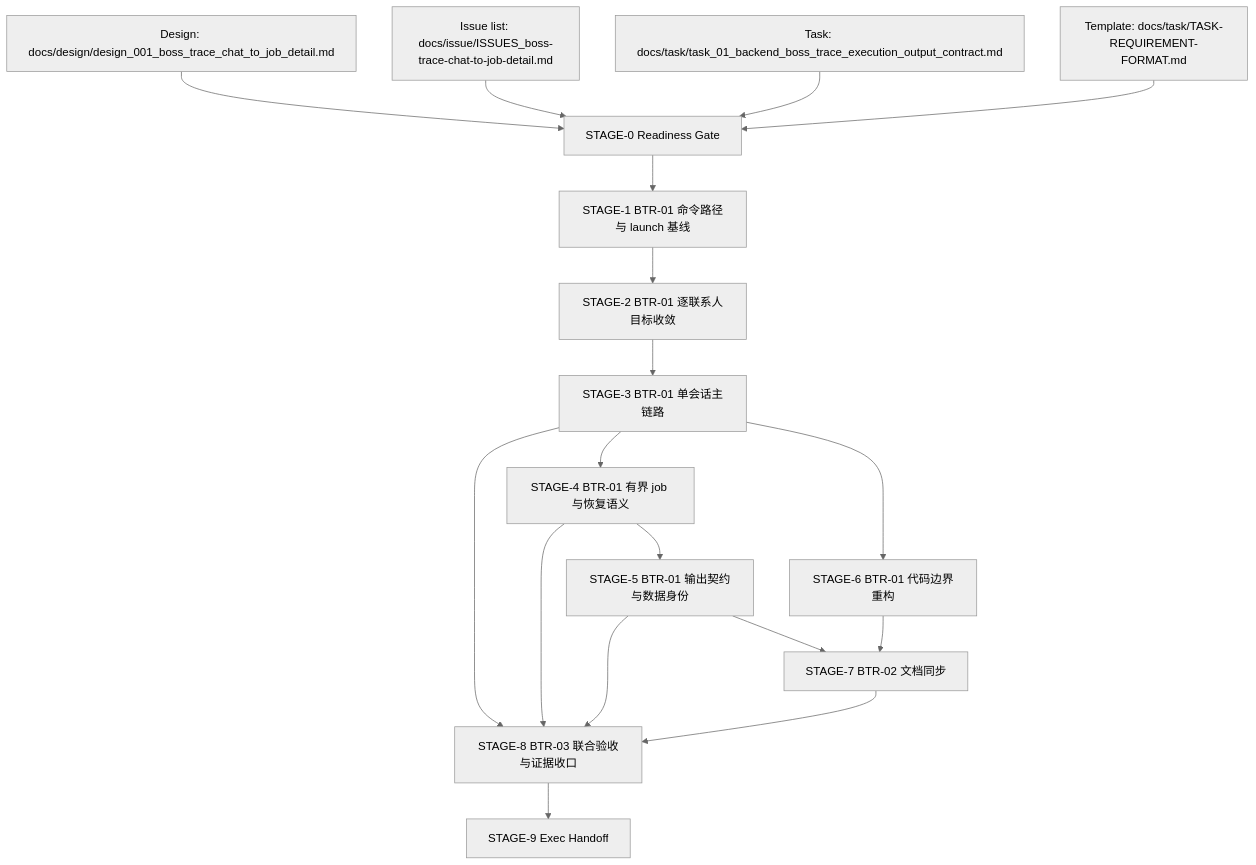
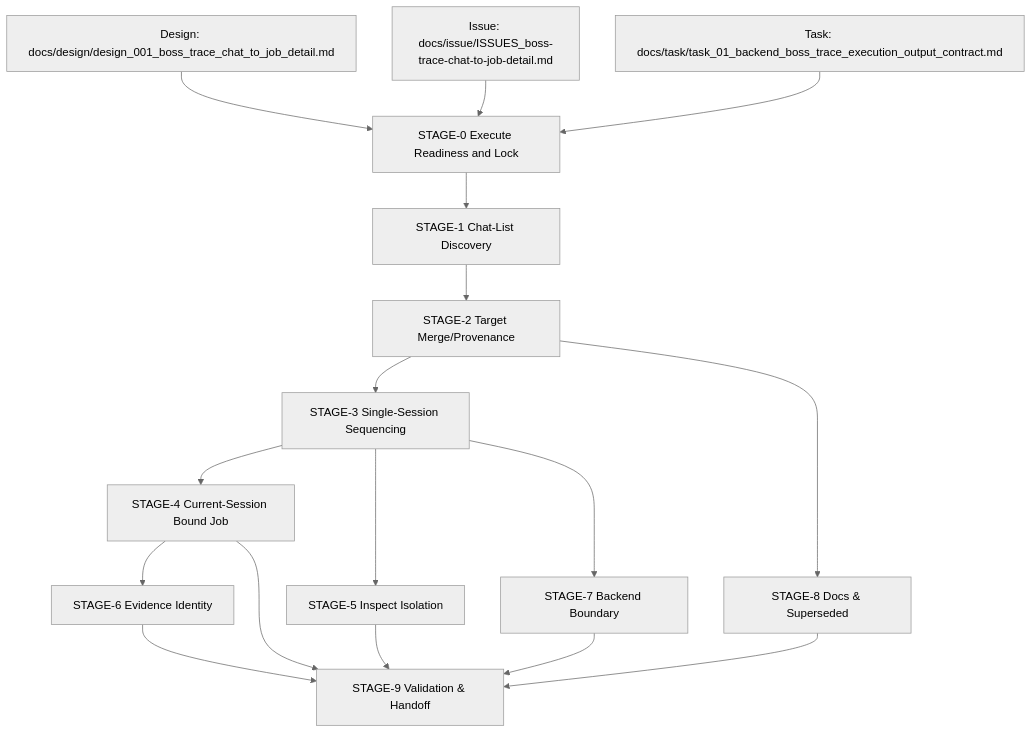
One commit to glide-the/boss-agent-run-job changed the diagram in docs/stage/stage_suo_150_boss_trace_per_contact_chain_backend.md. Above: the diagram before and after it, drawn with Mermaid (neutral theme). The commit also changed other lines of this file and 26 other files, not shown here.

First line of the commit message:
feat: enhance job parsing and target resolution

````diff
--- a/docs/stage/stage_suo_150_boss_trace_per_contact_chain_backend.md
+++ b/docs/stage/stage_suo_150_boss_trace_per_contact_chain_backend.md
@@ -246,20 +230,19 @@
 ```mermaid
 flowchart TD
-    DESIGN["Design: docs/design/design_001_boss_trace_chat_to_job_detail.md"] --> S0["STAGE-0 Readiness Gate"]
-    ISSUE["Issue list: docs/issue/ISSUES_boss-trace-chat-to-job-detail.md"] --> S0
-    TASK["Task: docs/task/task_01_backend_boss_trace_execution_output_contract.md"] --> S0
-    FORM["Template: docs/task/TASK-REQUIREMENT-FORMAT.md"] --> S0
-    S0 --> S1["STAGE-1 BTR-01 命令路径与 launch 基线"]
-    S1 --> S2["STAGE-2 BTR-01 逐联系人目标收敛"]
-    S2 --> S3["STAGE-3 BTR-01 单会话主链路"]
-    S3 --> S4["STAGE-4 BTR-01 有界 job 与恢复语义"]
-    S4 --> S5["STAGE-5 BTR-01 输出契约与数据身份"]
-    S3 --> S6["STAGE-6 BTR-01 代码边界重构"]
-    S5 --> S7["STAGE-7 BTR-02 文档同步"]
-    S6 --> S7
-    S3 --> S8["STAGE-8 BTR-03 联合验收与证据收口"]
-    S4 --> S8
-    S5 --> S8
-    S7 --> S8
-    S8 --> S9["STAGE-9 Exec Handoff"]
+    DESIGN["Design: docs/design/design_001_boss_trace_chat_to_job_detail.md"] --> R0["STAGE-0 Execute Readiness and Lock"]
+    ISSUE["Issue: docs/issue/ISSUES_boss-trace-chat-to-job-detail.md"] --> R0
+    TASK["Task: docs/task/task_01_backend_boss_trace_execution_output_contract.md"] --> R0
+    R0 --> R1["STAGE-1 Chat-List Discovery"]
+    R1 --> R2["STAGE-2 Target Merge/Provenance"]
+    R2 --> R3["STAGE-3 Single-Session Sequencing"]
+    R3 --> R4["STAGE-4 Current-Session Bound Job"]
+    R3 --> R5["STAGE-5 Inspect Isolation"]
+    R4 --> R6["STAGE-6 Evidence Identity"]
+    R3 --> R7["STAGE-7 Backend Boundary"]
+    R2 --> R8["STAGE-8 Docs & Superseded"]
+    R4 --> R9["STAGE-9 Validation & Handoff"]
+    R5 --> R9
+    R6 --> R9
+    R7 --> R9
+    R8 --> R9
 ```
````
